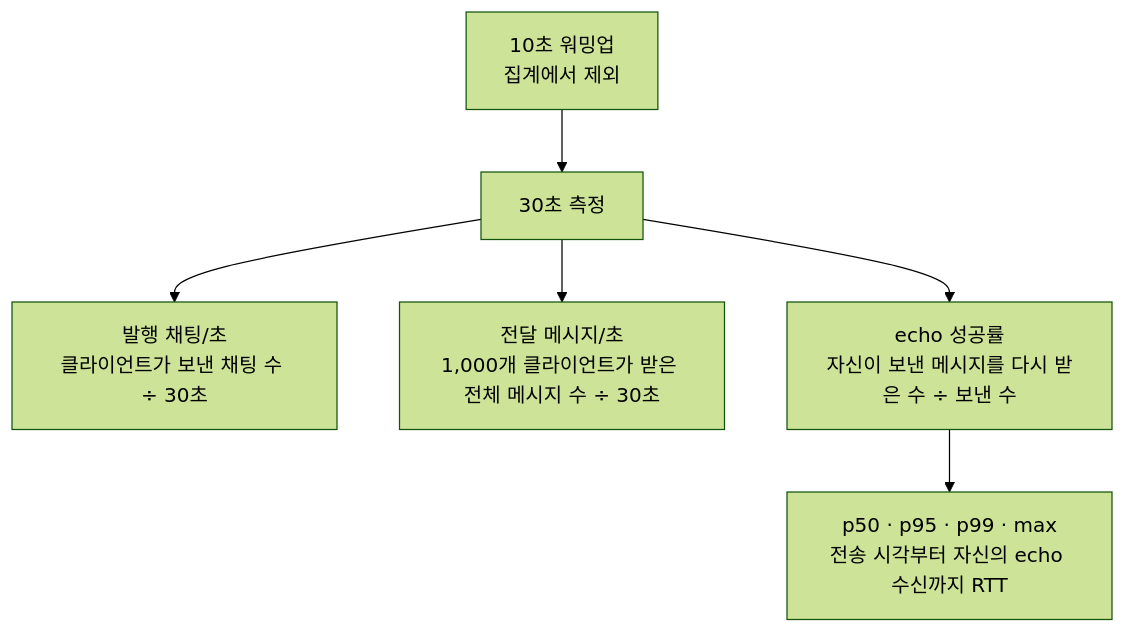
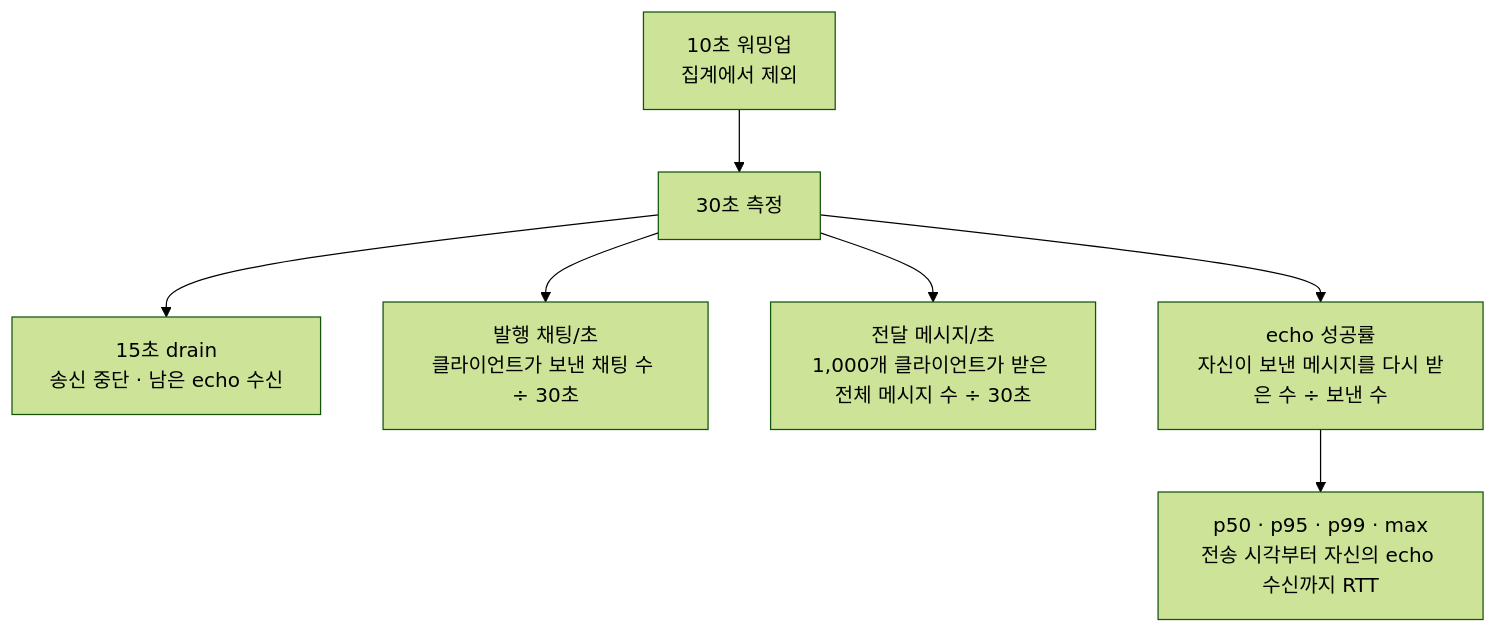
One commit to qmdch1/BlazeChat changed the second of 2 diagrams in README.md. Above: the diagram before and after it, drawn with Mermaid (forest theme). The commit also changed other lines of this file and 4 other files, not shown here.

````diff
--- a/README.md
+++ b/README.md
@@ -106,15 +106,17 @@
 ```mermaid
 flowchart TB
     W["10초 워밍업<br/>집계에서 제외"]
     M["30초 측정"]
+    Q["15초 drain<br/>송신 중단 · 남은 echo 수신"]
     P["발행 채팅/초<br/>클라이언트가 보낸 채팅 수 ÷ 30초"]
     D["전달 메시지/초<br/>1,000개 클라이언트가 받은 전체 메시지 수 ÷ 30초"]
     E["echo 성공률<br/>자신이 보낸 메시지를 다시 받은 수 ÷ 보낸 수"]
     L["p50 · p95 · p99 · max<br/>전송 시각부터 자신의 echo 수신까지 RTT"]
 
     W --> M
+    M --> Q
     M --> P
     M --> D
     M --> E
     E --> L
 ```
````
